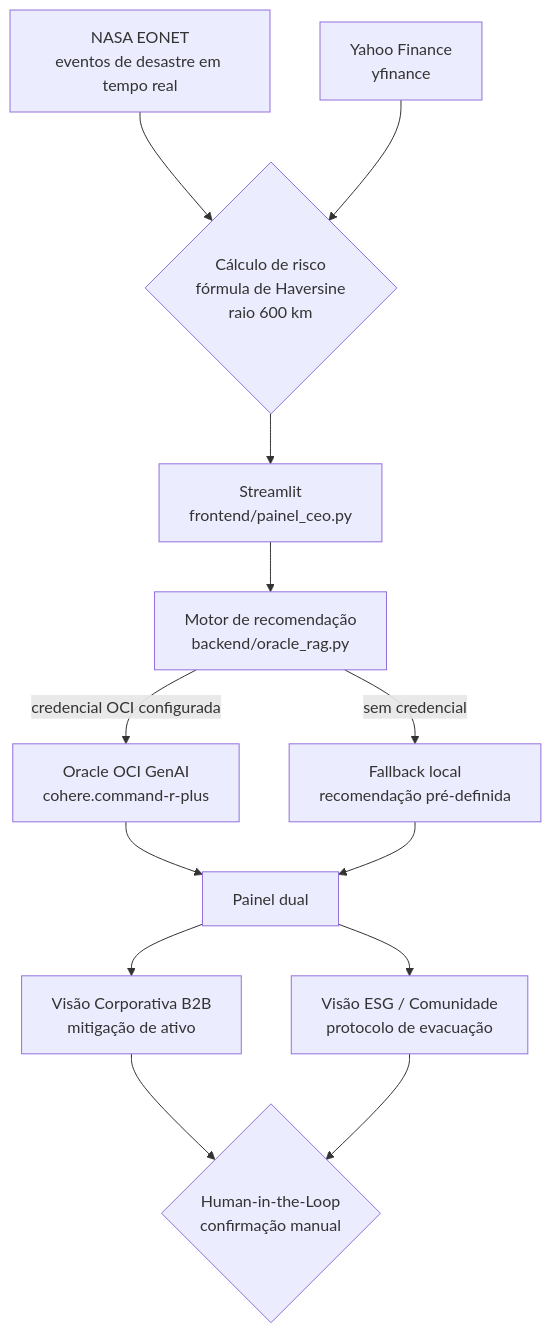
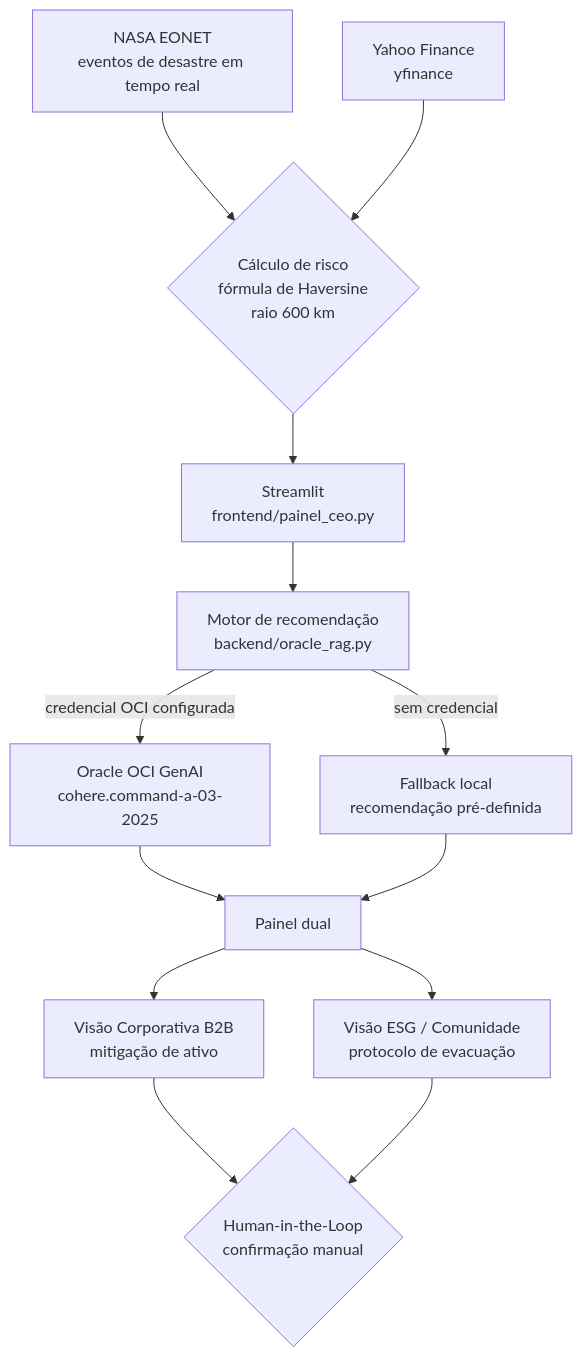
Before and after one commit to LeonardoGMendoza/aplicativo-geo-capital-engine: the diagram in README.md, drawn with Mermaid. The commit also changed other lines of this file and 2 other files, not shown here.

Commit message:
docs: atualiza modelo de IA para cohere.command-a-03-2025 e adiciona .gitignore

````diff
--- a/README.md
+++ b/README.md
@@ -42,15 +42,15 @@
 ```mermaid
 flowchart TD
     A[NASA EONET<br/>eventos de desastre em tempo real] --> C{Cálculo de risco<br/>fórmula de Haversine<br/>raio 600 km}
     B[Yahoo Finance<br/>yfinance] --> C
     C --> D[Streamlit<br/>frontend/painel_ceo.py]
     D --> E[Motor de recomendação<br/>backend/oracle_rag.py]
-    E -->|credencial OCI configurada| F[Oracle OCI GenAI<br/>cohere.command-r-plus]
+    E -->|credencial OCI configurada| F[Oracle OCI GenAI<br/>cohere.command-a-03-2025]
     E -->|sem credencial| G[Fallback local<br/>recomendação pré-definida]
     F --> H[Painel dual]
     G --> H
     H --> I[Visão Corporativa B2B<br/>mitigação de ativo]
     H --> J[Visão ESG / Comunidade<br/>protocolo de evacuação]
     I --> K{Human-in-the-Loop<br/>confirmação manual}
     J --> K
 ```
````
